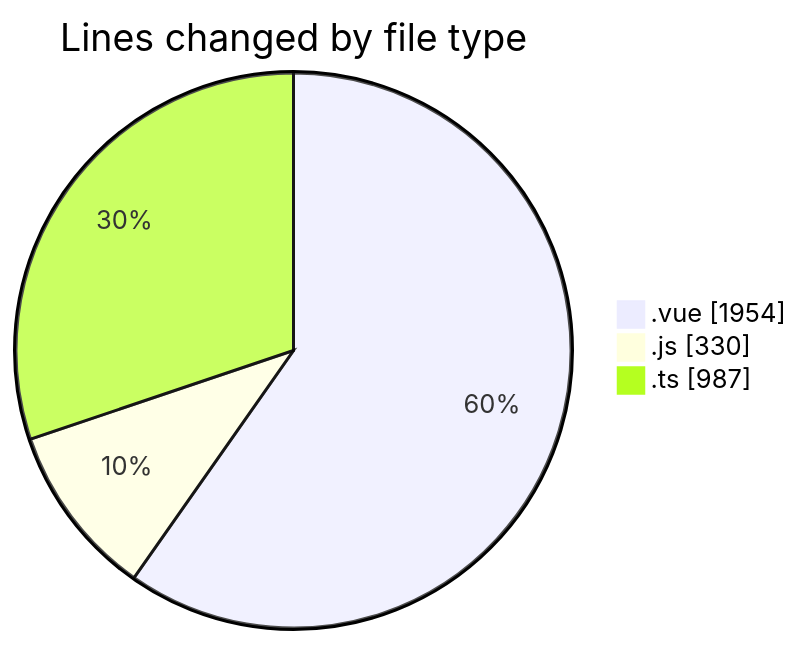
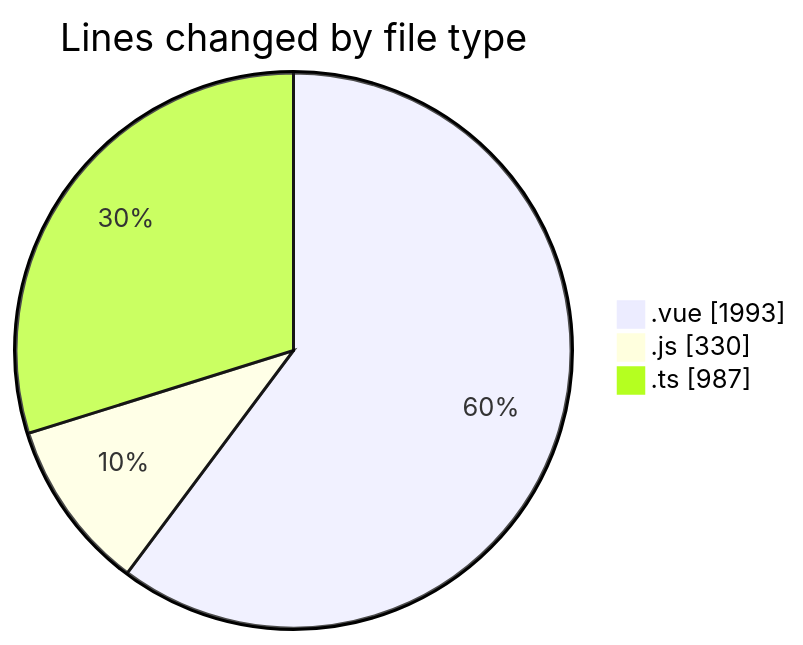
The first of 2 diagrams in 2025-07-14/rentotp/README.md (lephambinh05/code-tracking), drawn with Mermaid before and after one commit. The commit also changed other lines of this file and 1 other file, not shown here.

````diff
--- a/2025-07-14/rentotp/README.md
+++ b/2025-07-14/rentotp/README.md
@@ -44,7 +44,7 @@
 ```mermaid
 pie showData
 title Lines changed by file type
-".vue" : 1954
+".vue" : 1993
 ".js" : 330
 ".ts" : 987
 ```
````
